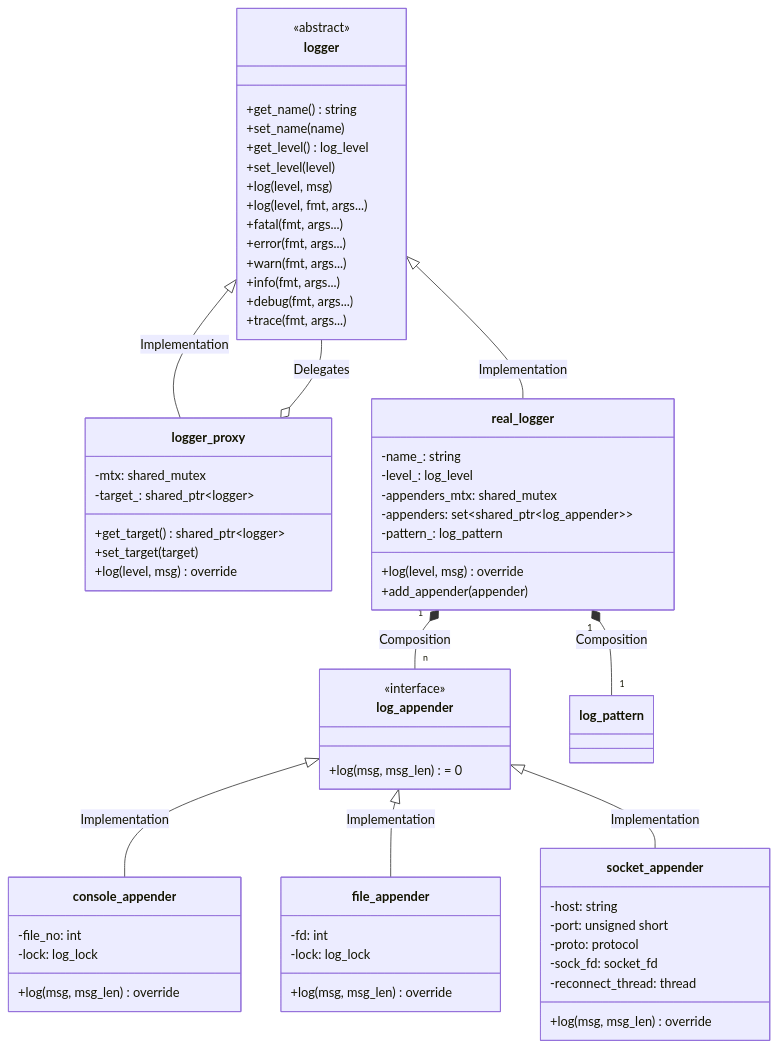
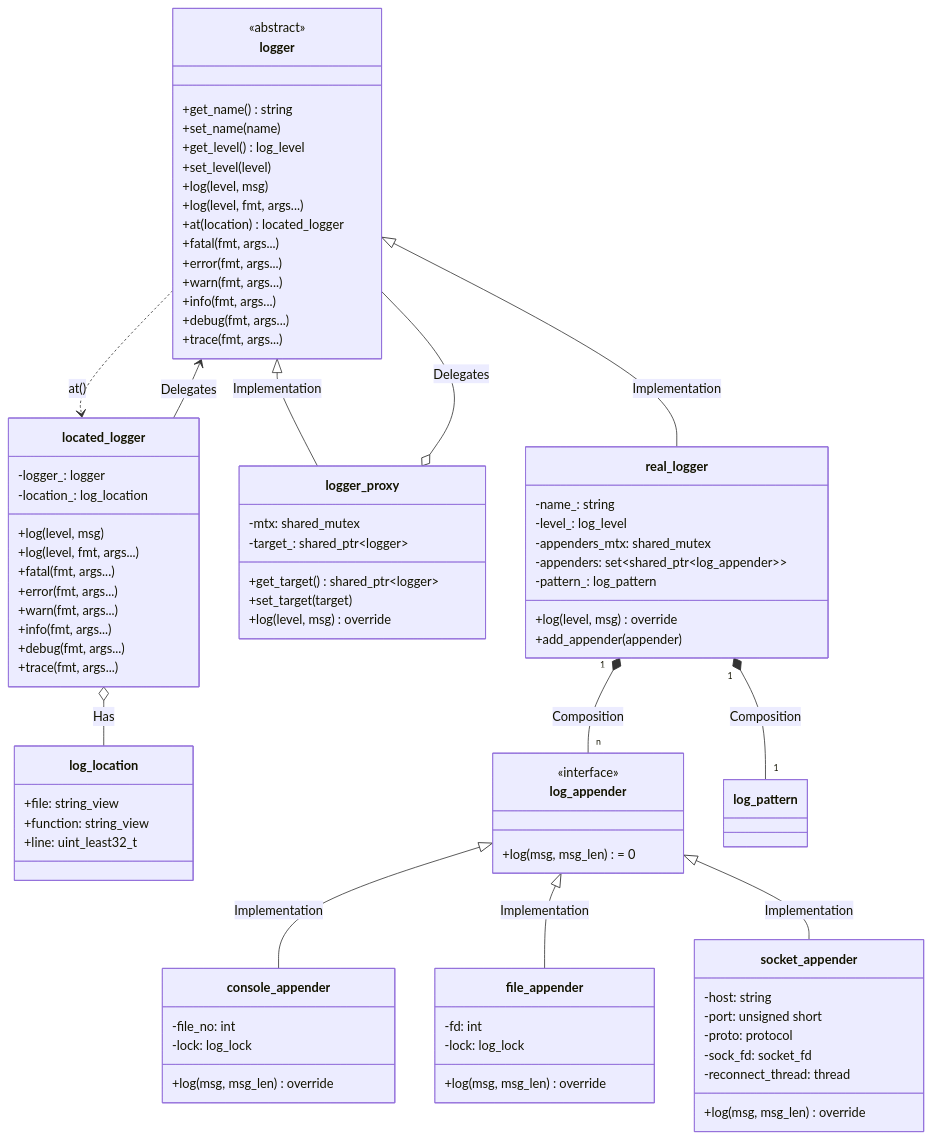
Before and after one commit to lwhttpdorg/log4cpp: the second of 10 diagrams in docs/DESIGN.md, drawn with Mermaid. The commit also changed other lines of this file and 7 other files, not shown here.

Commit message:
feat: add located_logger for enhanced logging with source file and line number

```diff
--- a/docs/DESIGN.md
+++ b/docs/DESIGN.md
@@ -108,6 +108,26 @@
         +set_name(name)
         +get_level() log_level
         +set_level(level)
+        +log(level, msg)
+        +log(level, fmt, args...)
+        +at(location) located_logger
+        +fatal(fmt, args...)
+        +error(fmt, args...)
+        +warn(fmt, args...)
+        +info(fmt, args...)
+        +debug(fmt, args...)
+        +trace(fmt, args...)
+    }
+
+    class log_location {
+        +file: string_view
+        +function: string_view
+        +line: uint_least32_t
+    }
+
+    class located_logger {
+        -logger_: logger
+        -location_: log_location
         +log(level, msg)
         +log(level, fmt, args...)
         +fatal(fmt, args...)
@@ -164,6 +184,9 @@
 
     logger <|-- logger_proxy : Implementation
     logger <|-- real_logger : Implementation
+    logger ..> located_logger : at()
+    located_logger o-- log_location : Has
+    located_logger --> logger : Delegates
     logger_proxy o-- logger : Delegates
     log_appender <|-- console_appender : Implementation
     log_appender <|-- file_appender : Implementation
```
